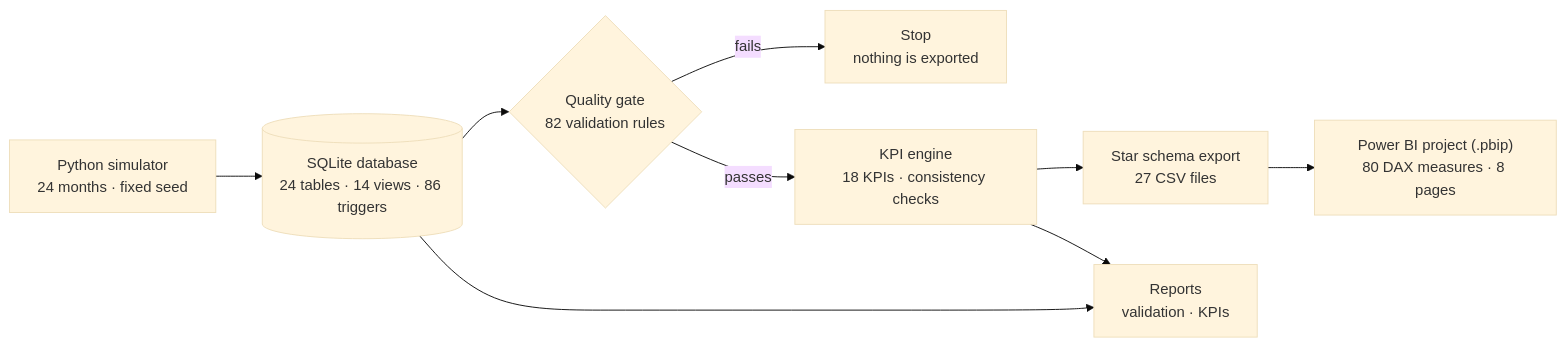
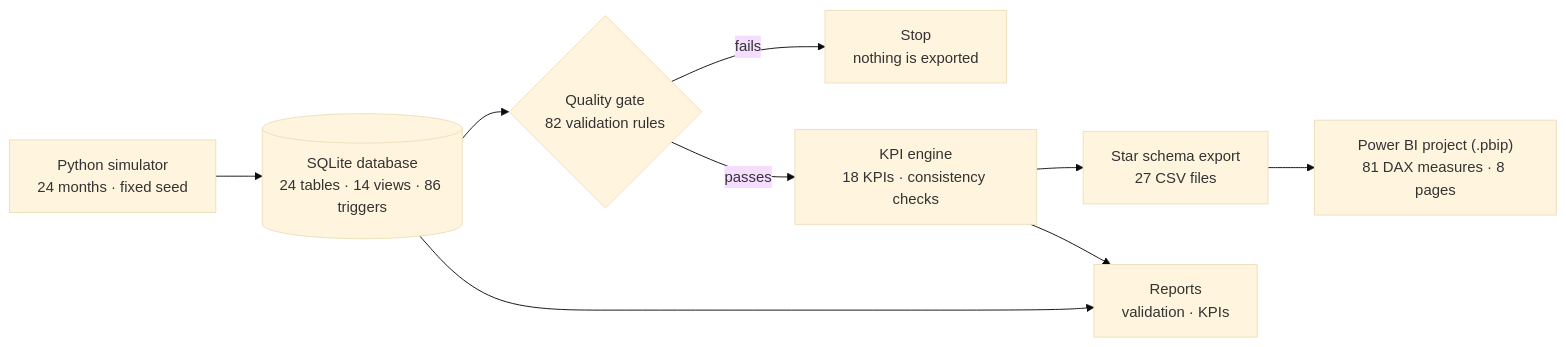
The first of 2 diagrams in README.md (DeLabFuente/aviation-quality-maintenance-intelligence), drawn with Mermaid (base theme) before and after one commit. The commit also changed other lines of this file and 79 other files, not shown here.

````diff
--- a/README.md
+++ b/README.md
@@ -78,11 +78,11 @@
 ```mermaid
 flowchart LR
     SIM["Python simulator<br/>24 months · fixed seed"] --> DB[("SQLite database<br/>24 tables · 14 views · 86 triggers")]
     DB --> GATE{"Quality gate<br/>82 validation rules"}
     GATE -- "fails" --> STOP["Stop<br/>nothing is exported"]
     GATE -- "passes" --> KPI["KPI engine<br/>18 KPIs · consistency checks"]
     KPI --> EXP["Star schema export<br/>27 CSV files"]
-    EXP --> PBI["Power BI project (.pbip)<br/>80 DAX measures · 8 pages"]
+    EXP --> PBI["Power BI project (.pbip)<br/>81 DAX measures · 8 pages"]
     DB --> REP["Reports<br/>validation · KPIs"]
     KPI --> REP
 ```
````
